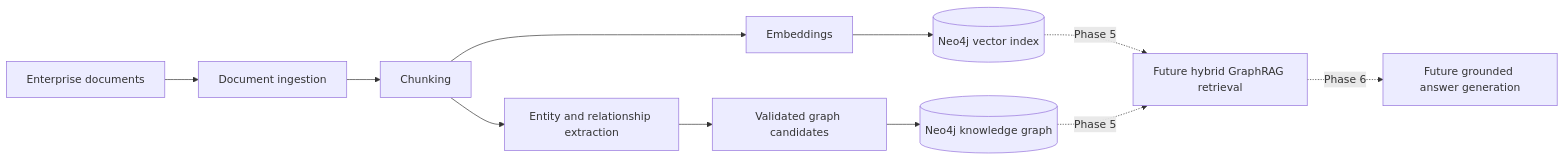
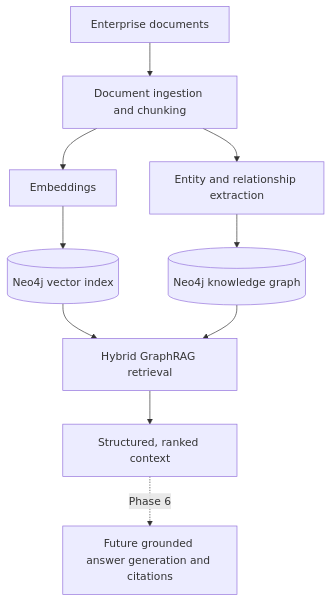
The first of 3 diagrams in README.md (AlemMekru/enterprise-graphrag), drawn with Mermaid before and after one commit. The commit also changed other lines of this file and 19 other files, not shown here.

First line of the commit message:
Implement hybrid GraphRAG retrieval

````diff
--- a/README.md
+++ b/README.md
@@ -17,13 +17,12 @@
 ```mermaid
-flowchart LR
-    A[Enterprise documents] --> B[Document ingestion]
-    B --> C[Chunking]
-    C --> D[Embeddings]
-    D --> E[(Neo4j vector index)]
-    C --> F[Entity and relationship extraction]
-    F --> G[Validated graph candidates]
-    G --> H[(Neo4j knowledge graph)]
-    E -. Phase 5 .-> I[Future hybrid GraphRAG retrieval]
-    H -. Phase 5 .-> I
-    I -. Phase 6 .-> J[Future grounded answer generation]
+flowchart TD
+    A[Enterprise documents] --> B[Document ingestion and chunking]
+    B --> C[Embeddings]
+    C --> D[(Neo4j vector index)]
+    B --> E[Entity and relationship extraction]
+    E --> F[(Neo4j knowledge graph)]
+    D --> G[Hybrid GraphRAG retrieval]
+    F --> G
+    G --> H[Structured, ranked context]
+    H -. Phase 6 .-> I[Future grounded answer generation and citations]
 ```
````
